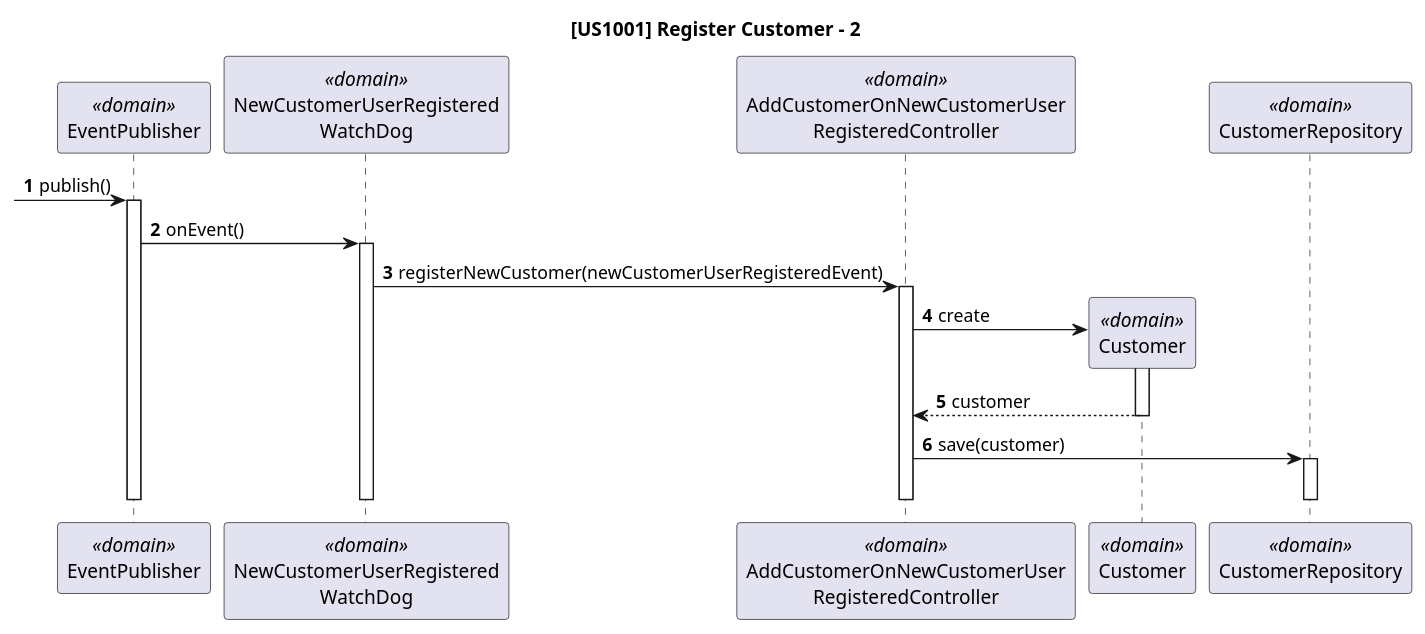
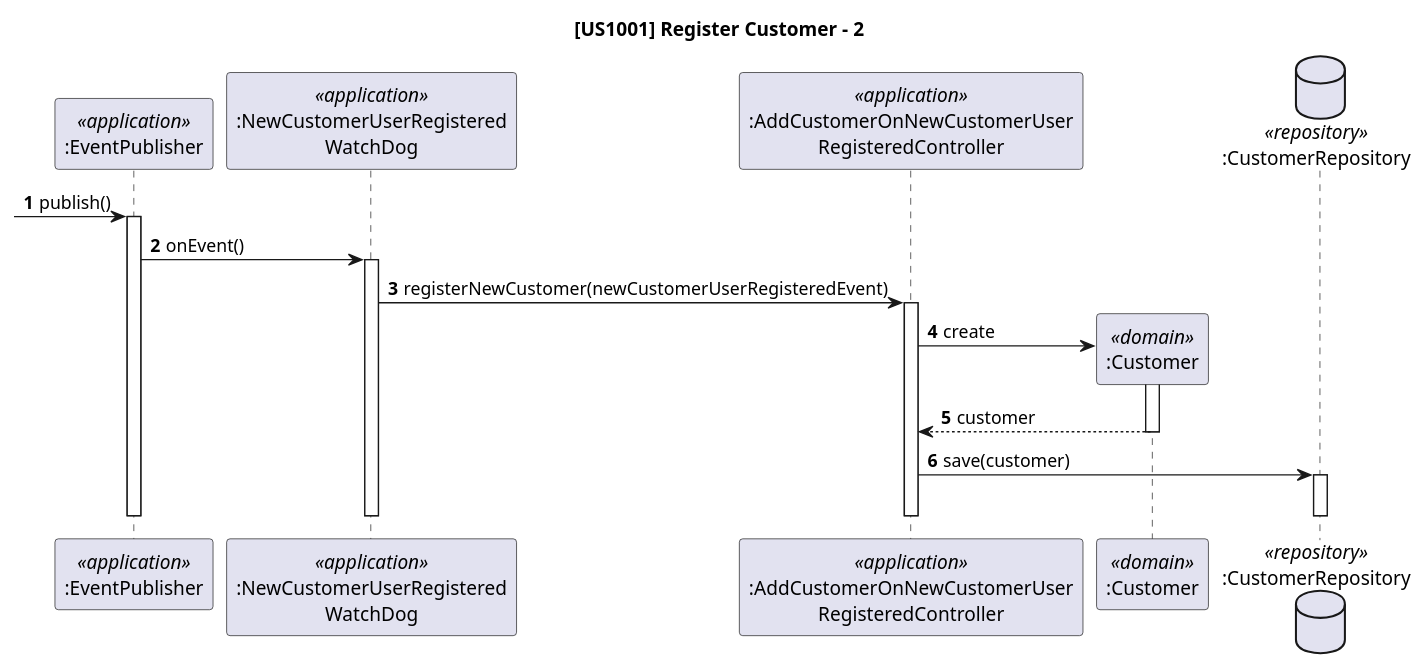
Before and after one commit to rita-barbosa/LAPR4-2324: the diagram in docs/sb_us_1001/sequence-diagram-2-register-customer.puml, drawn with PlantUML. The commit also changed 15 other files, not shown here.

Commit message:
docs: corrects participants declaration in sequence diagrams of us's 1000, 1001, 1009 and g007. [#116]

```diff
--- a/docs/sb_us_1001/sequence-diagram-2-register-customer.puml
+++ b/docs/sb_us_1001/sequence-diagram-2-register-customer.puml
@@ -1,46 +1,45 @@
 @startuml
 autonumber
 
 title [US1001] Register Customer - 2
 
 
-participant "EventPublisher" as EP <<domain>>
-participant "NewCustomerUserRegistered\nWatchDog" as WD <<domain>>
-participant "AddCustomerOnNewCustomerUser\nRegisteredController" as CTRL_EVENT <<domain>>
-'participant "EntityManagementService" as EMS <<service>>
-participant "Customer" as ENTITY <<domain>>
-participant "CustomerRepository" as ER <<domain>>
+participant ":EventPublisher" as EP <<application>>
+participant ":NewCustomerUserRegistered\nWatchDog" as WD <<application>>
+participant ":AddCustomerOnNewCustomerUser\nRegisteredController" as CTRL_EVENT <<application>>
+participant ":Customer" as ENTITY <<domain>>
+database ":CustomerRepository" as ER <<repository>>
 
 
 
 
  -> EP : publish()
 activate EP
 
 EP -> WD: onEvent()
 activate WD
 
 WD -> CTRL_EVENT: registerNewCustomer(newCustomerUserRegisteredEvent)
 activate CTRL_EVENT
 
 'CTRL_EVENT -> EMS: registerNewEntity(companyName, address,\ncustomerCode, customerManageruser)
 'activate EMS
 
 CTRL_EVENT -> ENTITY**: create
 activate ENTITY
 
 ENTITY --> CTRL_EVENT: customer
 deactivate ENTITY
 
 CTRL_EVENT -> ER: save(customer)
 activate ER
 deactivate ER
 
 
 deactivate WD
 deactivate EP
 deactivate CTRL_EVENT
 'deactivate EMS
 
 
 @enduml
```
